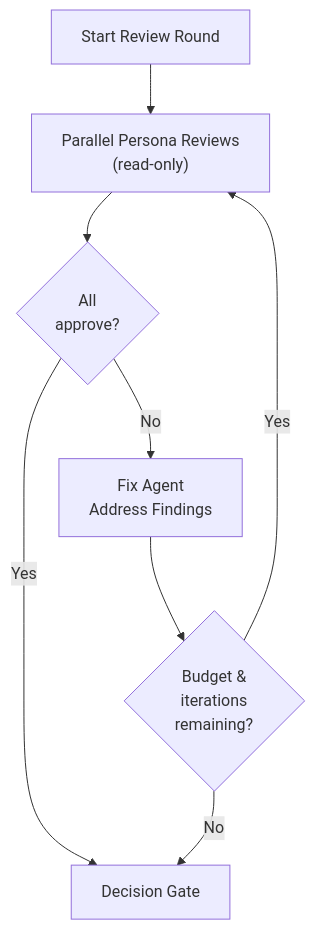
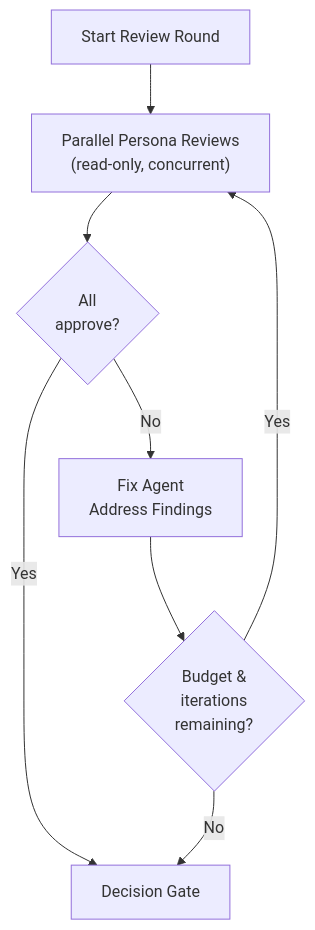
The second of 2 diagrams in README.md (rangelak/ColonyOS), drawn with Mermaid before and after one commit. The commit also changed other lines of this file and 9 other files, not shown here.

````diff
--- a/README.md
+++ b/README.md
@@ -142,10 +161,10 @@
 ```mermaid
 flowchart TD
-    StartRound["Start Review Round"] --> Parallel["Parallel Persona Reviews\n(read-only)"]
+    Start["Start Review Round"] --> Parallel["Parallel Persona Reviews\n(read-only, concurrent)"]
     Parallel --> Check{"All\napprove?"}
     Check -->|Yes| Gate["Decision Gate"]
     Check -->|No| Fix["Fix Agent\nAddress Findings"]
     Fix --> Budget{"Budget &\niterations\nremaining?"}
     Budget -->|Yes| Parallel
     Budget -->|No| Gate
 ```
````
